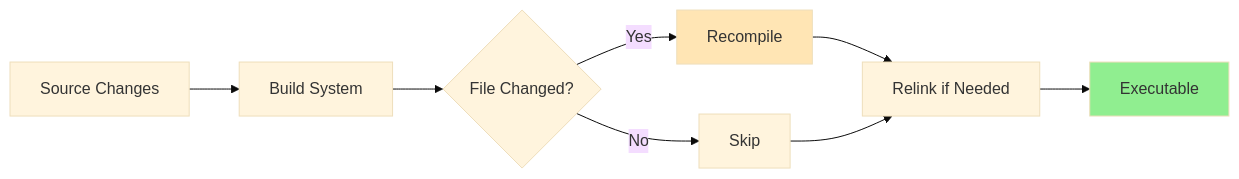
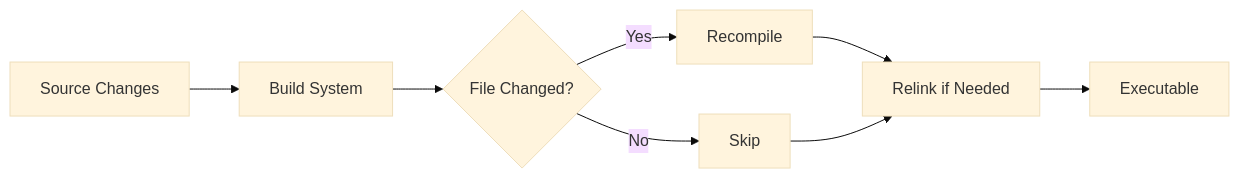
One commit to AndriiSonsiadlo/knowledge-base changed the first of 2 diagrams in docs/programming/cpp/01-toolchain-and-build/build-systems-cmake.md. Above: the diagram before and after it, drawn with Mermaid (base theme). The commit also changed other lines of this file and 6 other files, not shown here.

Commit message:
style (C++): drop hardcoded mermaid fills in overview and toolchain diagrams

````diff
--- a/docs/programming/cpp/01-toolchain-and-build/build-systems-cmake.md
+++ b/docs/programming/cpp/01-toolchain-and-build/build-systems-cmake.md
@@ -194,13 +194,11 @@
 ```mermaid
 graph LR
     A[Source Changes] --> B[Build System]
     B --> C{File Changed?}
     C -->|Yes| D[Recompile]
     C -->|No| E[Skip]
     D --> F[Relink if Needed]
     E --> F
     F --> G[Executable]
     
-    style D fill:#FFE5B4
-    style G fill:#90EE90
 ```
````
